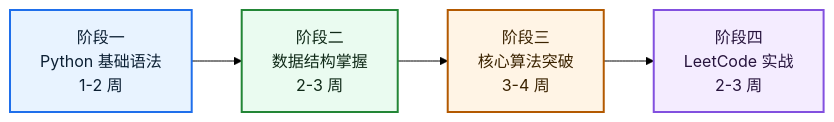
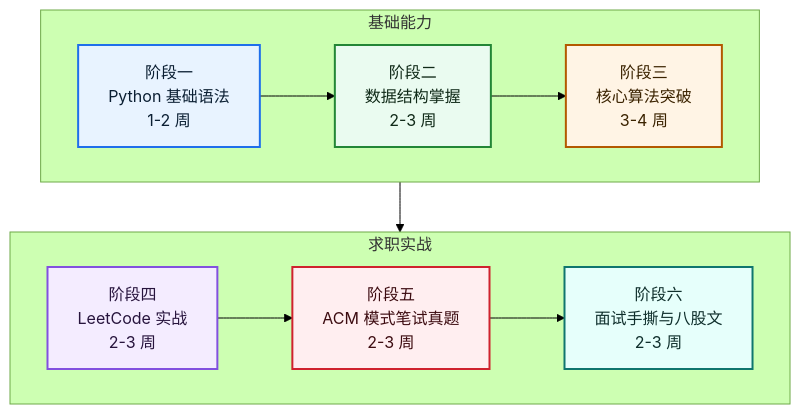
Before and after one commit to kule2018/zero2Leetcode: the diagram in README.md, drawn with Mermaid (forest theme). The commit also changed other lines of this file, not shown here.

Commit message:
docs: 补全六阶段学习路线

````diff
--- a/README.md
+++ b/README.md
@@ -127,19 +127,34 @@
 ```mermaid
-flowchart LR
-    python["阶段一<br/>Python 基础语法<br/>1-2 周"]
-    structures["阶段二<br/>数据结构掌握<br/>2-3 周"]
-    algorithms["阶段三<br/>核心算法突破<br/>3-4 周"]
-    practice["阶段四<br/>LeetCode 实战<br/>2-3 周"]
+flowchart TB
+    subgraph foundation["基础能力"]
+        direction LR
+        python["阶段一<br/>Python 基础语法<br/>1-2 周"]
+        structures["阶段二<br/>数据结构掌握<br/>2-3 周"]
+        algorithms["阶段三<br/>核心算法突破<br/>3-4 周"]
+        python --> structures --> algorithms
+    end
 
-    python --> structures --> algorithms --> practice
+    subgraph jobReady["求职实战"]
+        direction LR
+        practice["阶段四<br/>LeetCode 实战<br/>2-3 周"]
+        acm["阶段五<br/>ACM 模式笔试真题<br/>2-3 周"]
+        interview["阶段六<br/>面试手撕与八股文<br/>2-3 周"]
+        practice --> acm --> interview
+    end
+
+    foundation --> jobReady
 
     classDef pythonStage fill:#e8f3ff,stroke:#1f6feb,color:#0b1f33,stroke-width:2px
     classDef structureStage fill:#eafbf0,stroke:#238636,color:#102a18,stroke-width:2px
     classDef algorithmStage fill:#fff4e5,stroke:#b35900,color:#3b2300,stroke-width:2px
     classDef practiceStage fill:#f4ecff,stroke:#8250df,color:#27143d,stroke-width:2px
+    classDef acmStage fill:#ffeef0,stroke:#cf222e,color:#3d0c11,stroke-width:2px
+    classDef interviewStage fill:#e6fffb,stroke:#0f766e,color:#0f2f2c,stroke-width:2px
 
     class python pythonStage
     class structures structureStage
     class algorithms algorithmStage
     class practice practiceStage
+    class acm acmStage
+    class interview interviewStage
 ```
````
